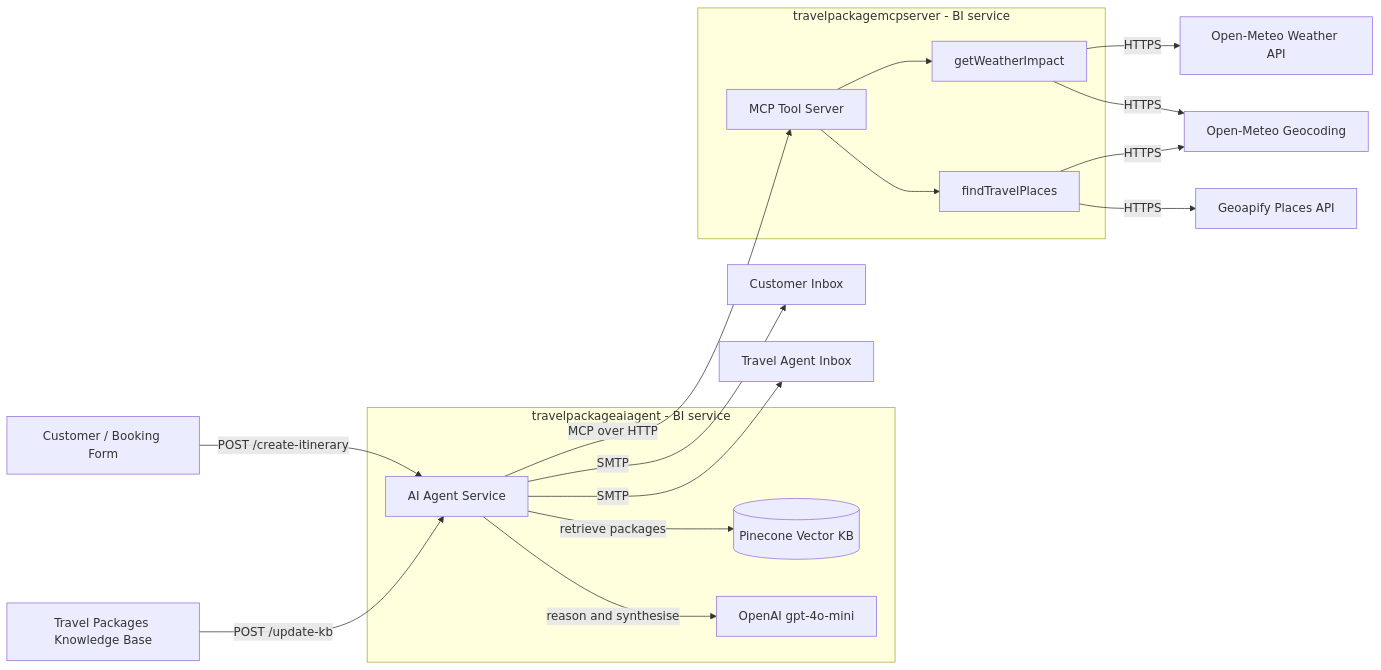
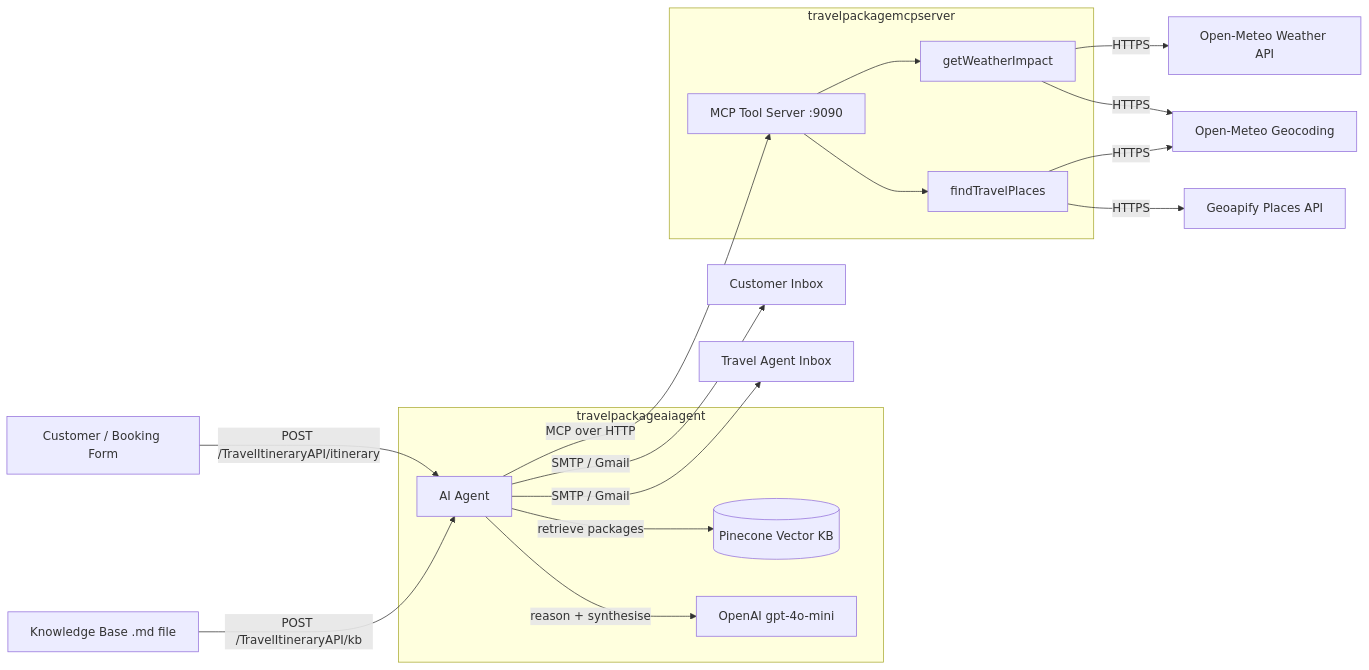
The diagram in README.md (dileepagayan/TravelAgentAIAssitant), drawn with Mermaid before and after one commit. The commit also changed other lines of this file and 2 other files, not shown here.

````diff
--- a/README.md
+++ b/README.md
@@ -25,31 +22,30 @@
 ```mermaid
 flowchart LR
-    Client[Customer / Booking Form] -->|POST /create-itinerary| Agent
+    Client[Customer / Booking Form] -->|POST /TravelItineraryAPI/itinerary| Agent
 
-    subgraph Agent_Service [travelpackageaiagent - BI service]
-        Agent[AI Agent Service]
+    subgraph travelpackageaiagent
+        Agent[AI Agent]
         RAG[(Pinecone Vector KB)]
         LLM[OpenAI gpt-4o-mini]
         Agent -->|retrieve packages| RAG
-        Agent -->|reason and synthesise| LLM
+        Agent -->|reason + synthesise| LLM
     end
 
-    subgraph MCP_Service [travelpackagemcpserver - BI service]
-        MCP[MCP Tool Server]
+    subgraph travelpackagemcpserver
+        MCP[MCP Tool Server :9090]
         Weather[getWeatherImpact]
         Places[findTravelPlaces]
         MCP --> Weather
         MCP --> Places
     end
 
     Agent -->|MCP over HTTP| MCP
     Weather -->|HTTPS| OpenMeteo[Open-Meteo Weather API]
     Places -->|HTTPS| Geoapify[Geoapify Places API]
-    Weather -->|HTTPS| Geocode[Open-Meteo Geocoding]
-    Places -->|HTTPS| Geocode
+    Weather & Places -->|HTTPS| Geocode[Open-Meteo Geocoding]
 
-    Agent -->|SMTP| Customer[Customer Inbox]
-    Agent -->|SMTP| AgentInbox[Travel Agent Inbox]
+    Agent -->|SMTP / Gmail| Customer[Customer Inbox]
+    Agent -->|SMTP / Gmail| AgentInbox[Travel Agent Inbox]
 
-    KBFile[Travel Packages Knowledge Base] -->|POST /update-kb| Agent
+    KBFile[Knowledge Base .md file] -->|POST /TravelItineraryAPI/kb| Agent
 ```
````
